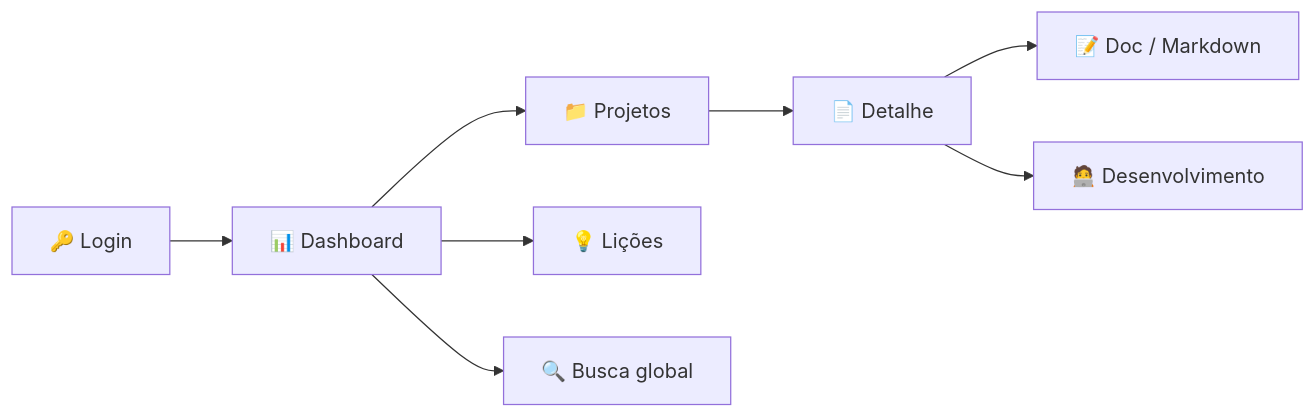
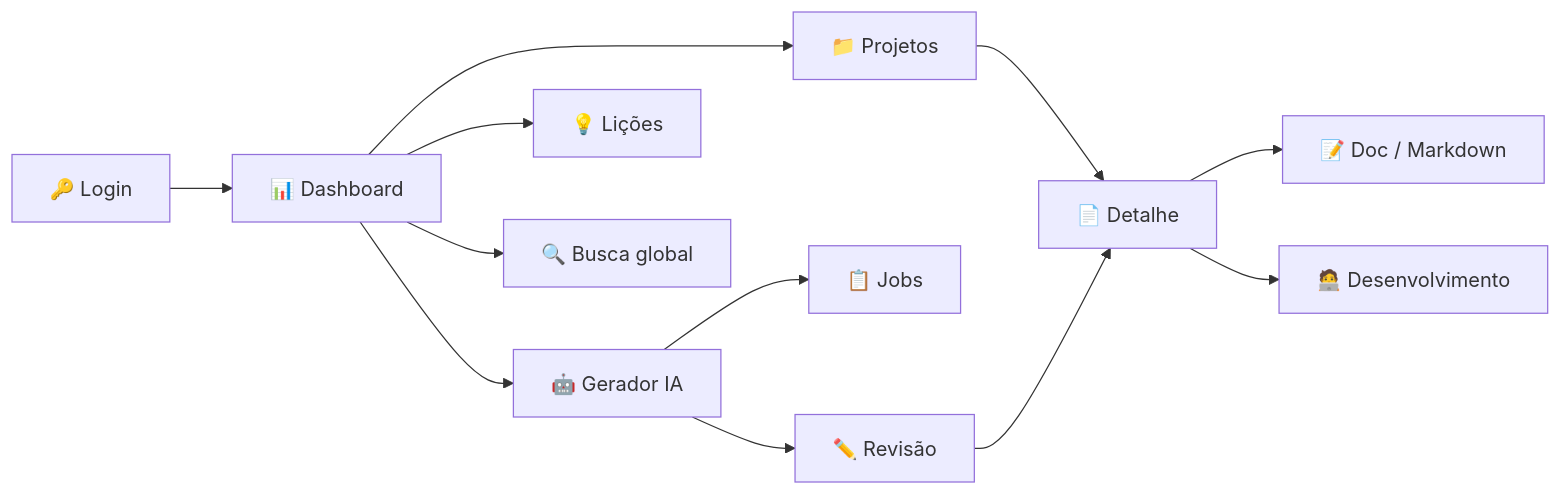
The diagram in README.md (artjansentec/atlasKnowledge), drawn with Mermaid before and after one commit. The commit also changed other lines of this file and 19 other files, not shown here.

````diff
--- a/README.md
+++ b/README.md
@@ -139,10 +145,14 @@
 ```mermaid
 flowchart LR
     A[🔑 Login] --> B[📊 Dashboard]
     B --> C[📁 Projetos]
     C --> D[📄 Detalhe]
     D --> E[📝 Doc / Markdown]
     D --> H[🧑‍💻 Desenvolvimento]
+    B --> I[🤖 Gerador IA]
+    I --> J[📋 Jobs]
+    I --> K[✏️ Revisão]
+    K --> D
     B --> F[💡 Lições]
     B --> G[🔍 Busca global]
 ```
````
